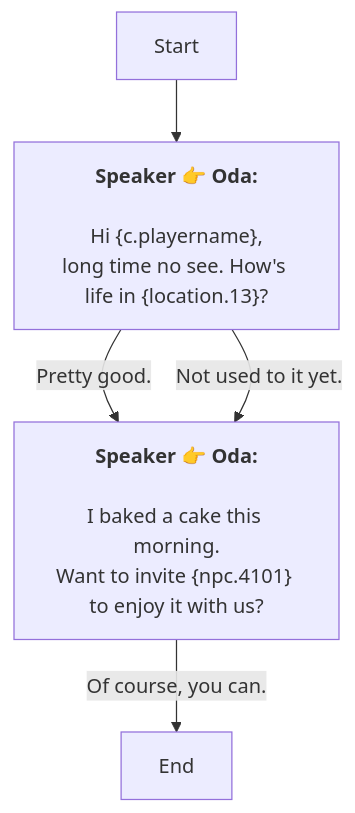
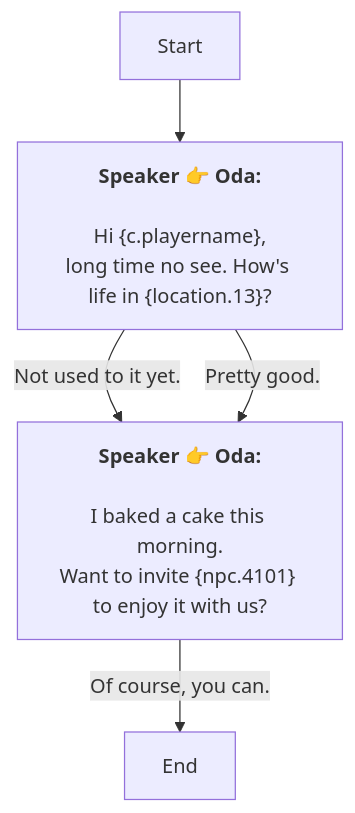
Before and after one commit to SoftHu/tos_avg: the diagram in En/QuestStartTalkENode_1754297752607235.md, drawn with Mermaid. The commit also changed other lines of this file and 780 other files, not shown here.

````diff
--- a/En/QuestStartTalkENode_1754297752607235.md
+++ b/En/QuestStartTalkENode_1754297752607235.md
@@ -1,14 +1,14 @@
 ```mermaid
 graph
 Start -->1754297898306054[<b>Speaker 👉 Oda:</b>
 \nHi &lbrace;c.playername&rbrace;,
 long time no see. How's life in &lbrace;location.13&rbrace;?]
-1754297898306054 -->|Pretty good.|1754298284307980[<b>Speaker 👉 Oda:</b>
+1754297898306054 -->|Not used to it yet.|1754298284307980[<b>Speaker 👉 Oda:</b>
 \nI baked a cake this morning.
 Want to invite &lbrace;npc.4101&rbrace; to enjoy it with us?]
-1754297898306054 -->|Not used to it yet.|1754298284307980[<b>Speaker 👉 Oda:</b>
+1754297898306054 -->|Pretty good.|1754298284307980[<b>Speaker 👉 Oda:</b>
 \nI baked a cake this morning.
 Want to invite &lbrace;npc.4101&rbrace; to enjoy it with us?]
 1754298284307980 -->|Of course, you can.|1754298319793680[End]
 
 ```
````
